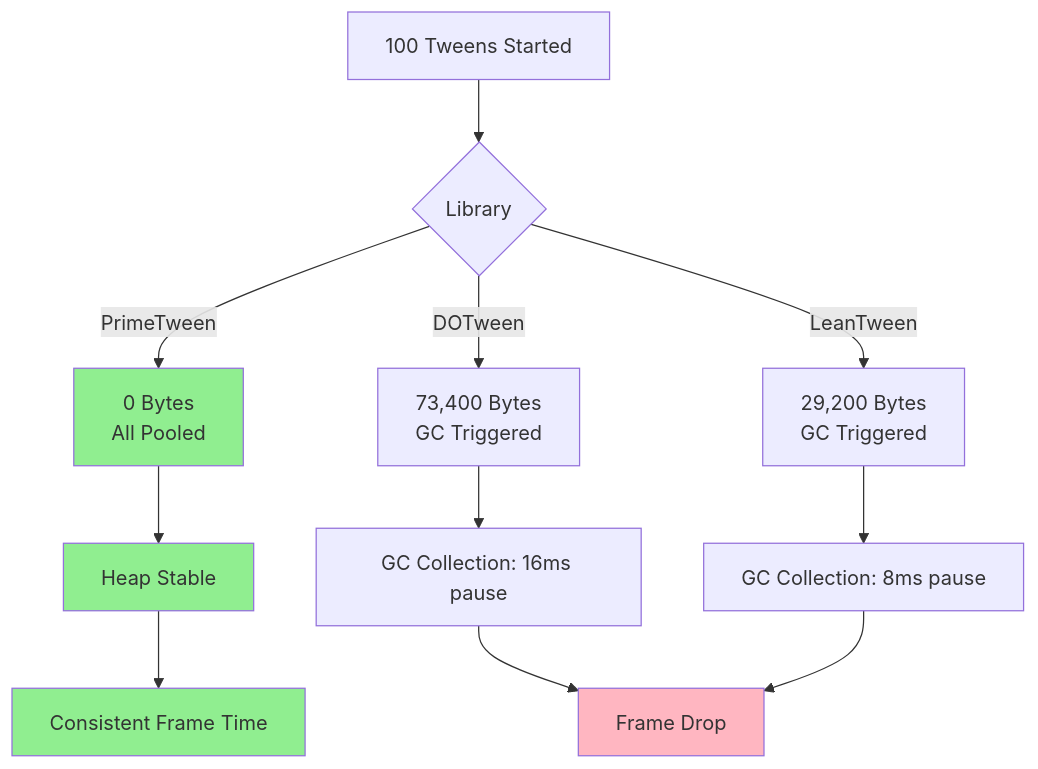
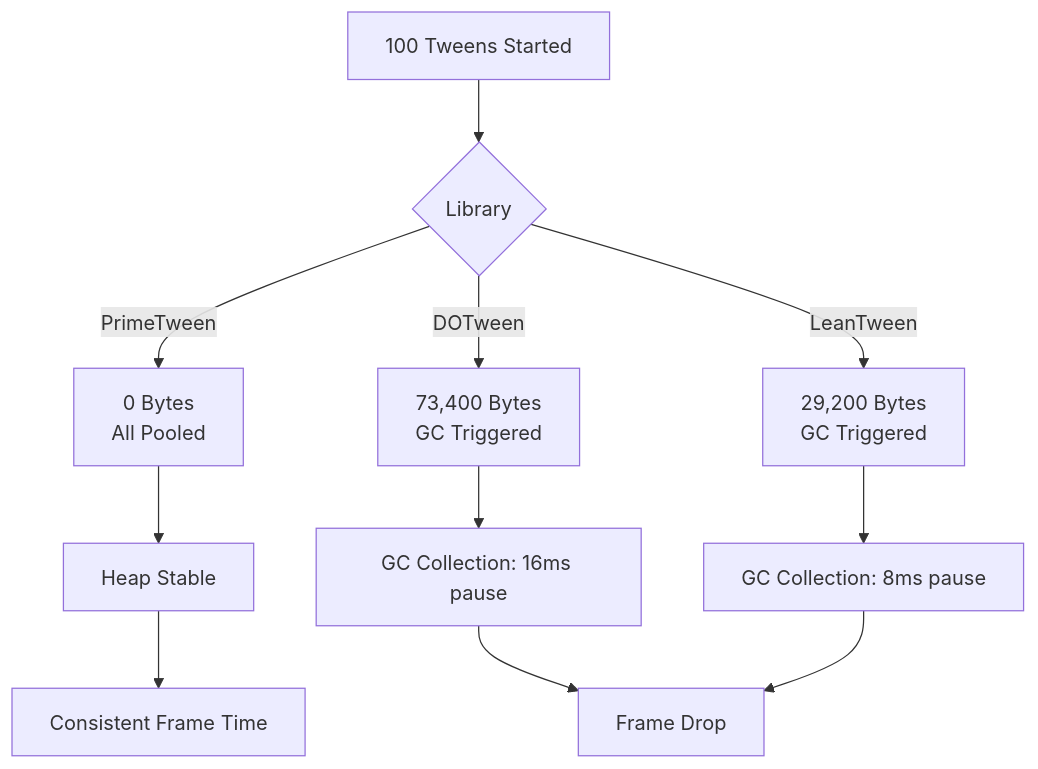
One commit to wallstop/unity-tips changed the third of 3 diagrams in docs/primetween/02-why-primetween.md. Above: the diagram before and after it, drawn with Mermaid. The commit also changed other lines of this file and 27 other files, not shown here.

Commit message:
Convert ASCII diagrams to Mermaid format (#30)

````diff
--- a/docs/primetween/02-why-primetween.md
+++ b/docs/primetween/02-why-primetween.md
@@ -308,20 +300,16 @@
 ```mermaid
 graph TD
     A[100 Tweens Started] --> B{Library}
     B -->|PrimeTween| C[0 Bytes<br/>All Pooled]
     B -->|DOTween| D[73,400 Bytes<br/>GC Triggered]
     B -->|LeanTween| E[29,200 Bytes<br/>GC Triggered]
 
     C --> F[Heap Stable]
     D --> G[GC Collection: 16ms pause]
     E --> H[GC Collection: 8ms pause]
 
     F --> I[Consistent Frame Time]
     G --> J[Frame Drop]
     H --> J
 
-    style C fill:#90EE90
-    style F fill:#90EE90
-    style I fill:#90EE90
-    style J fill:#FFB6C1
 ```
````
